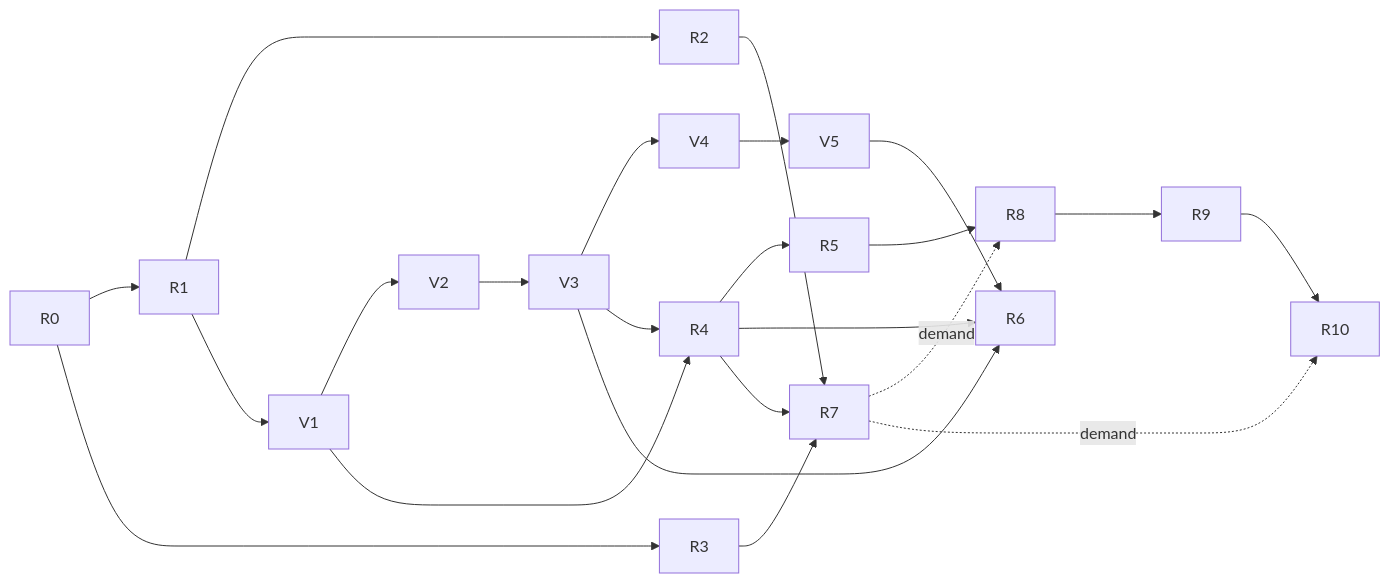
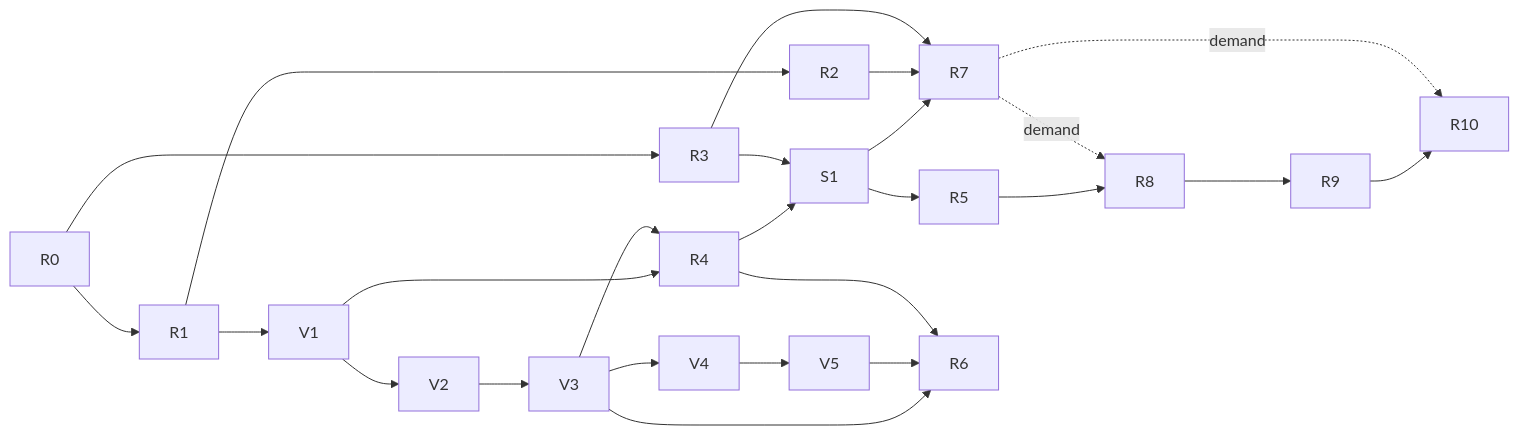
Before and after one commit to jtasek/reactor: the diagram in APPLICATION_PLAN.md, drawn with Mermaid. The commit also changed other lines of this file and 1 other file, not shown here.

````diff
--- a/APPLICATION_PLAN.md
+++ b/APPLICATION_PLAN.md
@@ -304,16 +326,17 @@
 ```mermaid
 flowchart LR
     R0 --> R1 --> R2
     R0 --> R3
     R1 --> V1 --> V2 --> V3 --> V4 --> V5
-    V1 --> R4 --> R5 --> R8 --> R9 --> R10
+    V1 --> R4 --> S1 --> R5 --> R8 --> R9 --> R10
+    R3 --> S1
+    S1 --> R7
     V3 --> R4
     V3 --> R6
     V5 --> R6
     R4 --> R6
     R2 --> R7
     R3 --> R7
-    R4 --> R7
     R7 -. demand .-> R8
     R7 -. demand .-> R10
 ```
````
